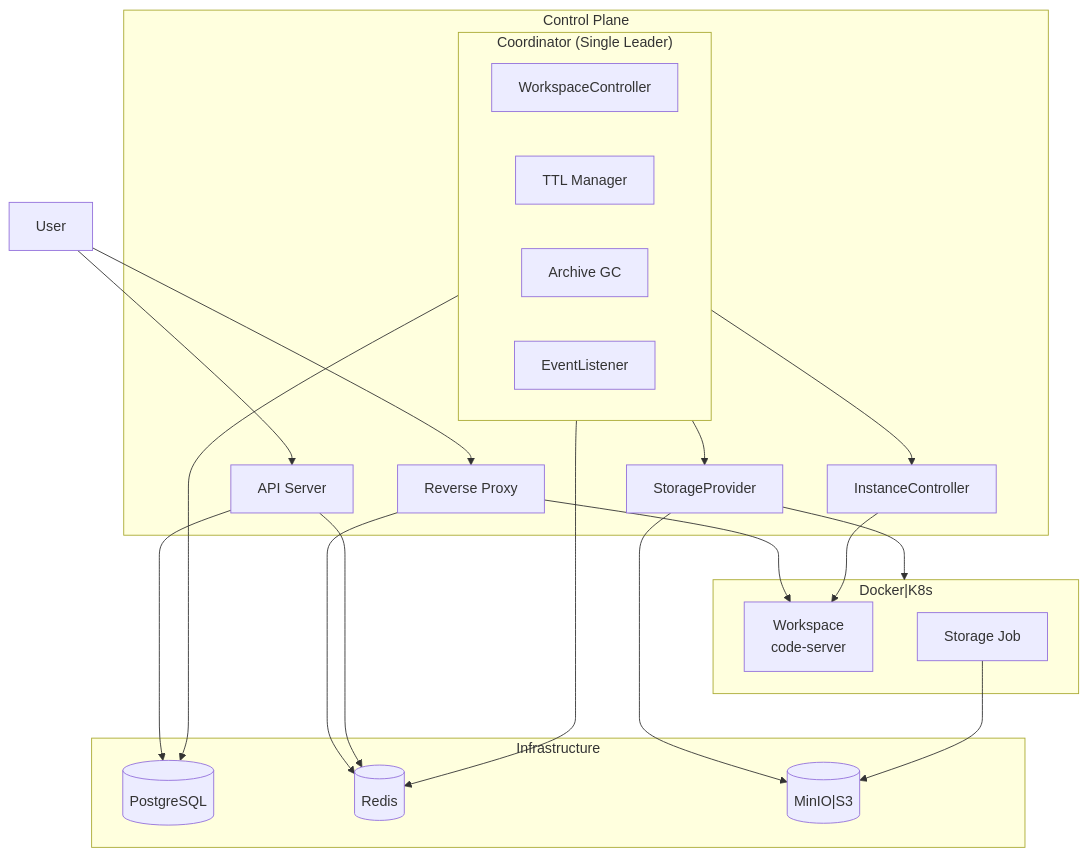
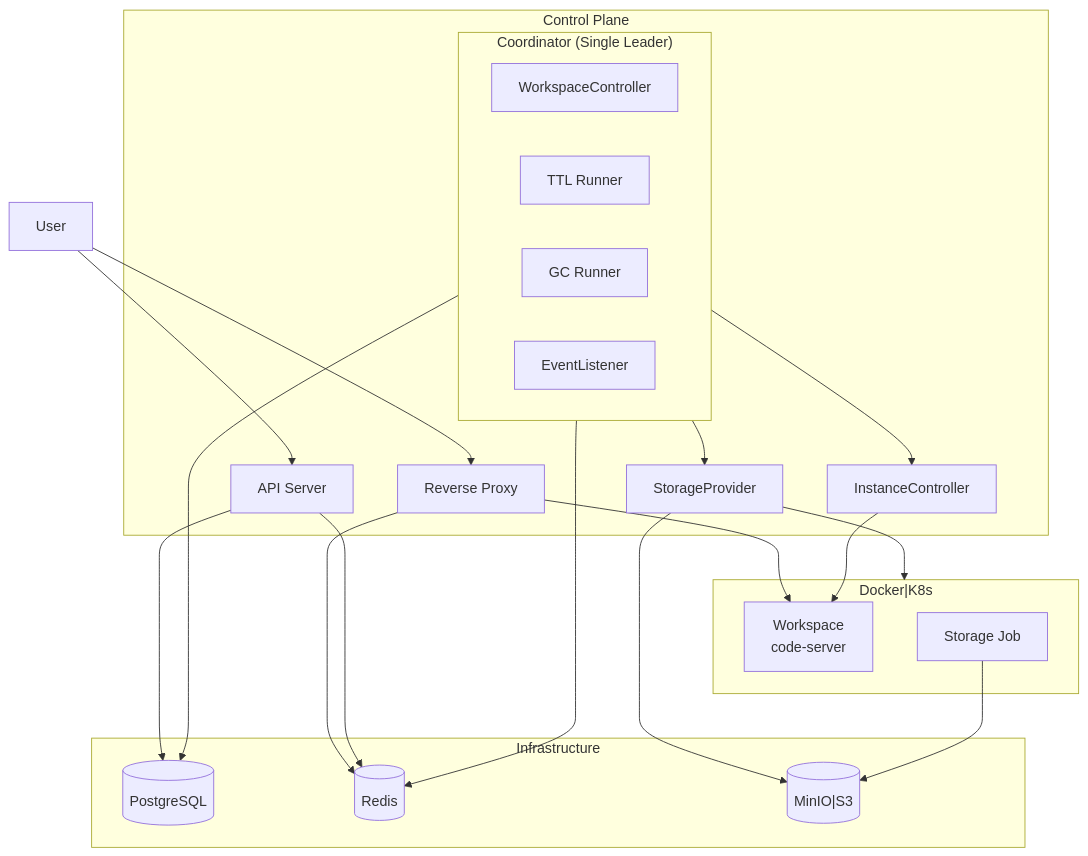
One commit to cagojeiger/code-hub changed the first of 2 diagrams in docs/architecture/README.md. Above: the diagram before and after it, drawn with Mermaid. The commit also changed other lines of this file and 8 other files, not shown here.

````diff
--- a/docs/architecture/README.md
+++ b/docs/architecture/README.md
@@ -16,47 +16,47 @@
 ```mermaid
 graph TB
     User[User]
 
     subgraph "Control Plane"
         API[API Server]
         Proxy[Reverse Proxy]
         IC[InstanceController]
         SP[StorageProvider]
         subgraph Coordinator["Coordinator (Single Leader)"]
             WC[WorkspaceController]
-            TTL[TTL Manager]
-            GC[Archive GC]
+            TTL[TTL Runner]
+            GC[GC Runner]
             EL[EventListener]
         end
     end
 
     subgraph "Infrastructure"
         DB[(PostgreSQL)]
         Redis[(Redis)]
         ObjectStorage[("MinIO|S3")]
     end
 
     subgraph ContainerRuntime["Docker|K8s"]
         WS[Workspace<br/>code-server]
         Job[Storage Job]
     end
 
     User --> Proxy
     User --> API
 
     Proxy --> WS
     Proxy --> Redis
 
     API --> DB
     API --> Redis
 
     Coordinator --> DB
     Coordinator --> Redis
     Coordinator --> IC
     Coordinator --> SP
 
     IC --> WS
     SP --> ContainerRuntime
     SP --> ObjectStorage
     Job --> ObjectStorage
 ```
````
